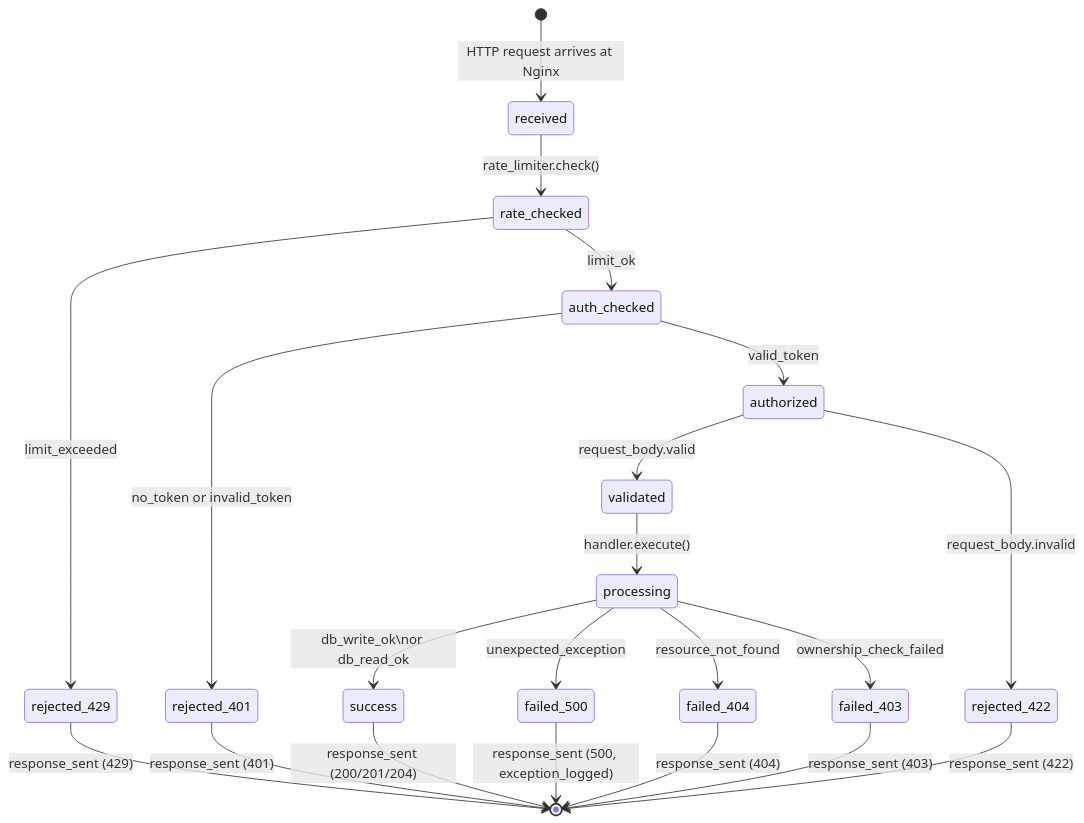
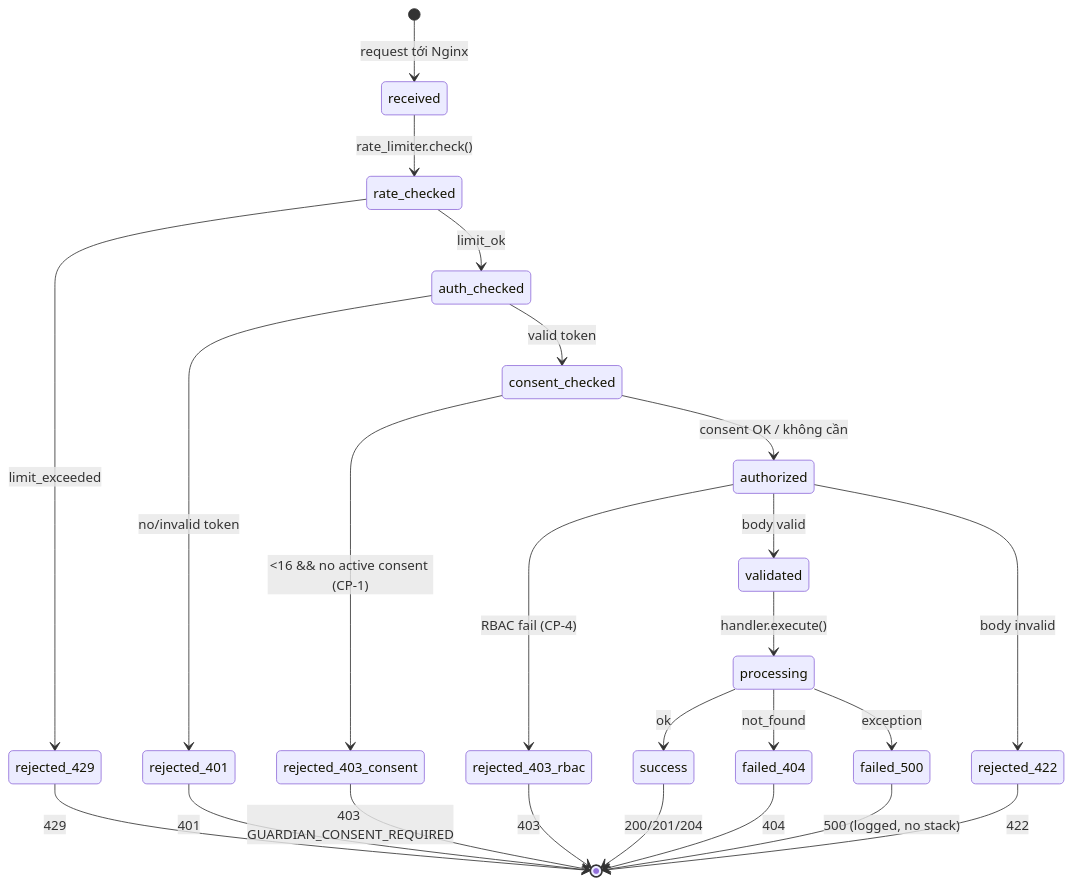
The seventh of 9 diagrams in docs/architecture/state-diagrams.md (quangtanfet-commits/weup-career), drawn with Mermaid before and after one commit. The commit also changed other lines of this file and 39 other files, not shown here.

````diff
--- a/docs/architecture/state-diagrams.md
+++ b/docs/architecture/state-diagrams.md
@@ -97,29 +150,26 @@
 ```mermaid
 stateDiagram-v2
-    [*] --> received : HTTP request arrives at Nginx
-
+    [*] --> received : request tới Nginx
     received --> rate_checked : rate_limiter.check()
     rate_checked --> rejected_429 : limit_exceeded
     rate_checked --> auth_checked : limit_ok
-
-    auth_checked --> rejected_401 : no_token or invalid_token
-    auth_checked --> authorized : valid_token
-
-    authorized --> validated : request_body.valid
-    authorized --> rejected_422 : request_body.invalid
-
+    auth_checked --> rejected_401 : no/invalid token
+    auth_checked --> consent_checked : valid token
+    consent_checked --> rejected_403_consent : <16 && no active consent (CP-1)
+    consent_checked --> authorized : consent OK / không cần
+    authorized --> rejected_403_rbac : RBAC fail (CP-4)
+    authorized --> validated : body valid
+    authorized --> rejected_422 : body invalid
     validated --> processing : handler.execute()
-
-    processing --> success : db_write_ok\nor db_read_ok
-    processing --> failed_500 : unexpected_exception
-    processing --> failed_404 : resource_not_found
-    processing --> failed_403 : ownership_check_failed
-
-    success --> [*] : response_sent (200/201/204)
-    rejected_429 --> [*] : response_sent (429)
-    rejected_401 --> [*] : response_sent (401)
-    rejected_422 --> [*] : response_sent (422)
-    failed_500 --> [*] : response_sent (500, exception_logged)
-    failed_404 --> [*] : response_sent (404)
-    failed_403 --> [*] : response_sent (403)
+    processing --> success : ok
+    processing --> failed_404 : not_found
+    processing --> failed_500 : exception
+    success --> [*] : 200/201/204
+    rejected_429 --> [*] : 429
+    rejected_401 --> [*] : 401
+    rejected_403_consent --> [*] : 403 GUARDIAN_CONSENT_REQUIRED
+    rejected_403_rbac --> [*] : 403
+    rejected_422 --> [*] : 422
+    failed_404 --> [*] : 404
+    failed_500 --> [*] : 500 (logged, no stack)
 ```
````
